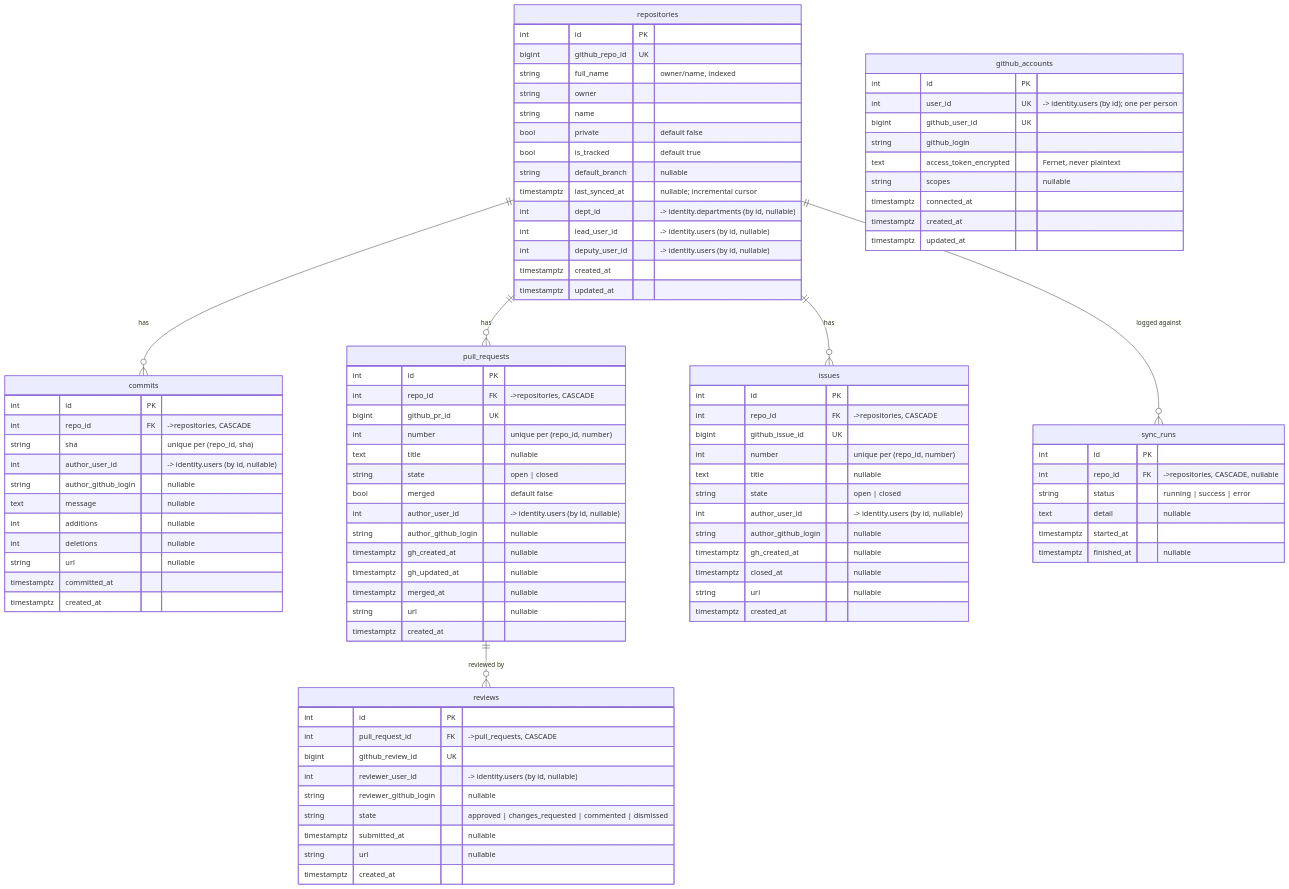
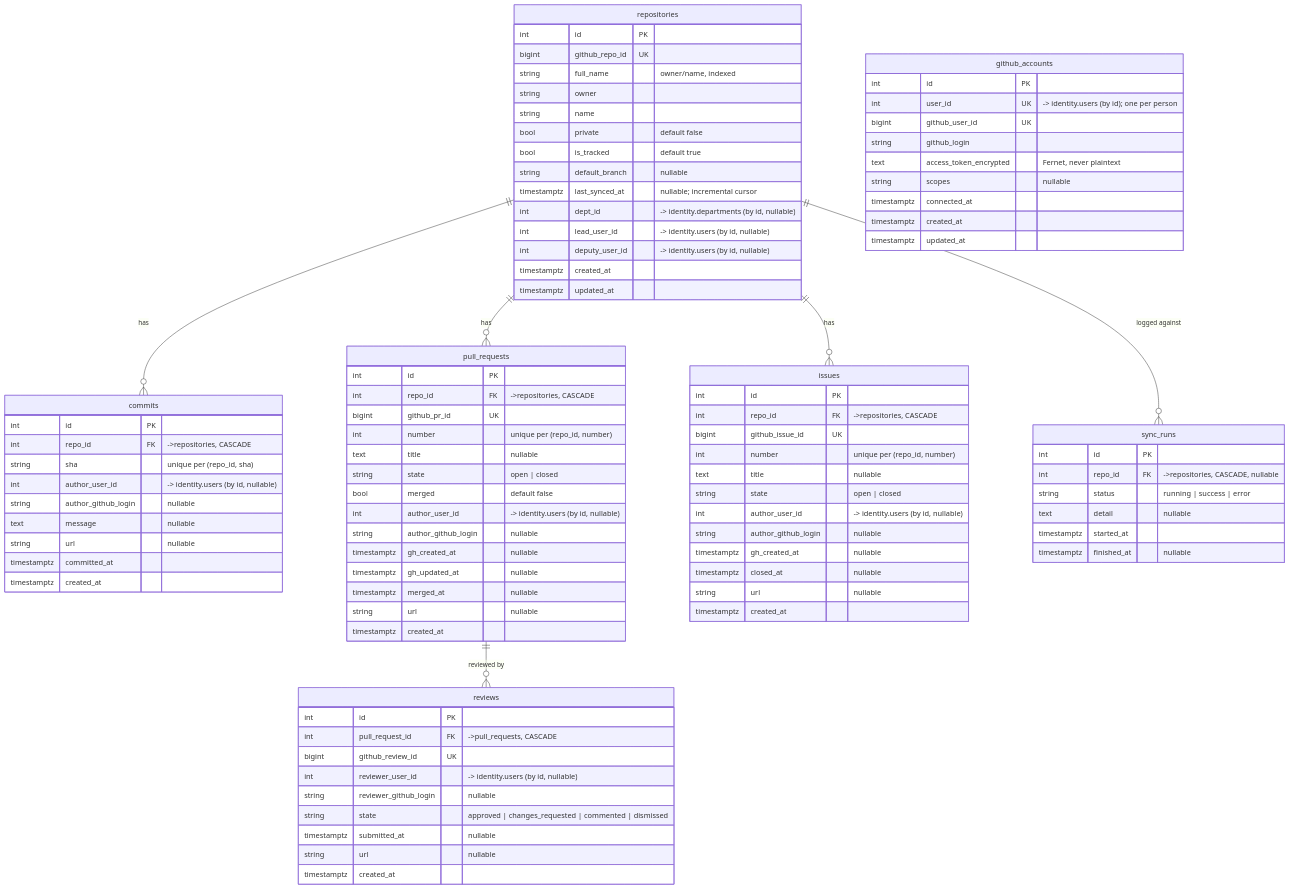
One commit to Ojulari123/CC-Platforms changed the second of 4 diagrams in docs/erd.md. Above: the diagram before and after it, drawn with Mermaid. The commit also changed other lines of this file and 209 other files, not shown here.

```diff
--- a/docs/erd.md
+++ b/docs/erd.md
@@ -164,8 +185,6 @@
         int author_user_id "-> identity.users (by id, nullable)"
         string author_github_login "nullable"
         text message "nullable"
-        int additions "nullable"
-        int deletions "nullable"
         string url "nullable"
         timestamptz committed_at
         timestamptz created_at
```
